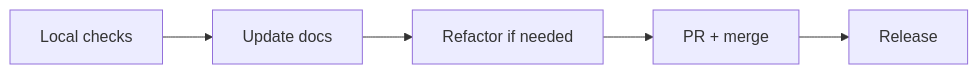
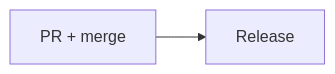
One commit to rkristelijn/llama-cli changed the fifth of 5 diagrams in docs/adr-003-v-model-workflow.md. Above: the diagram before and after it, drawn with Mermaid. The commit also changed other lines of this file, not shown here.

Commit message:
docs: move local checks and update docs to verify, remove refactor step

````diff
--- a/docs/adr-003-v-model-workflow.md
+++ b/docs/adr-003-v-model-workflow.md
@@ -43,7 +45,4 @@
 ```mermaid
 graph LR
-    J[Local checks] --> K[Update docs]
-    K --> L[Refactor if needed]
-    L --> M[PR + merge]
-    M --> N[Release]
+    L[PR + merge] --> M[Release]
 ```
````
